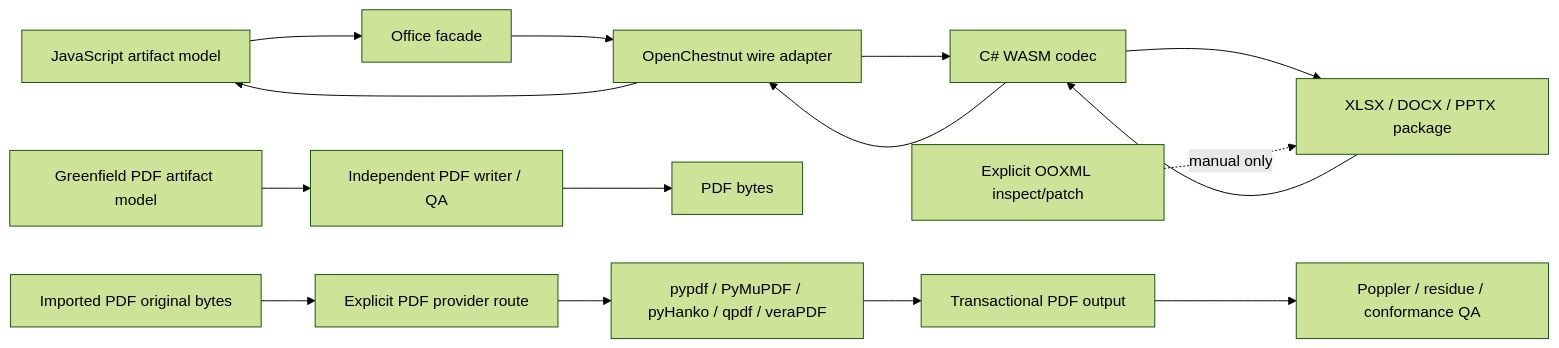
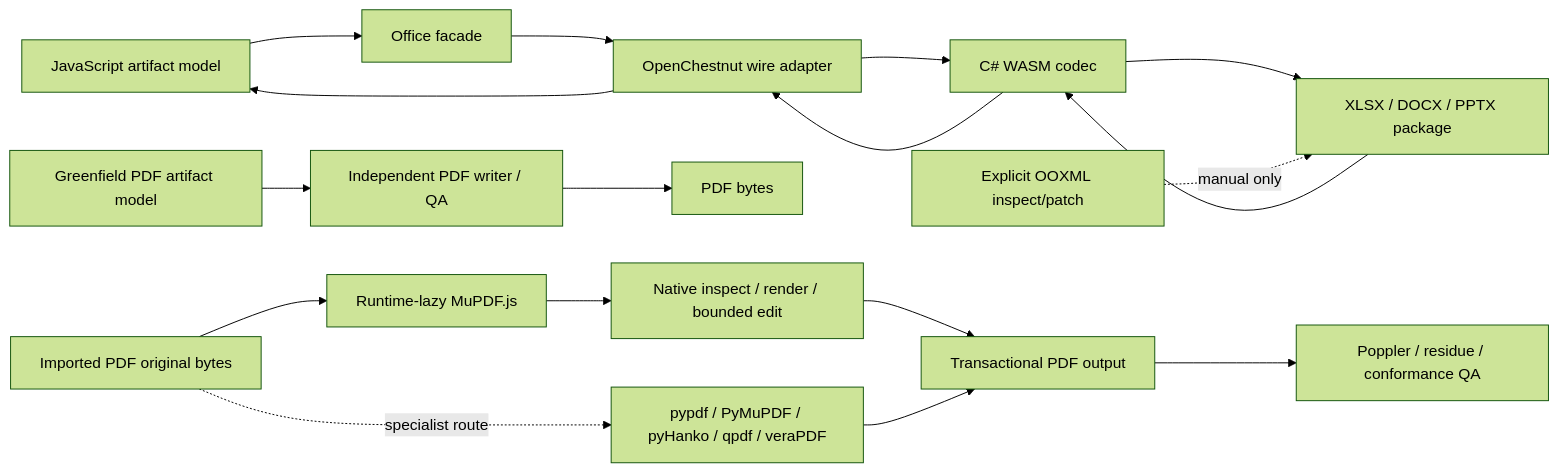
The diagram in docs/reference-runtime-architecture.md (w31r4/OfficeKit), drawn with Mermaid (forest theme) before and after one commit. The commit also changed other lines of this file and 39 other files, not shown here.

Commit message:
feat(pdf): integrate lazy MuPDF runtime under AGPL

````diff
--- a/docs/reference-runtime-architecture.md
+++ b/docs/reference-runtime-architecture.md
@@ -9,19 +9,21 @@
 ```mermaid
 flowchart LR
   A["JavaScript artifact model"] --> B["Office facade"]
   B --> C["OpenChestnut wire adapter"]
   C --> D["C# WASM codec"]
   D --> E["XLSX / DOCX / PPTX package"]
   E --> D
   D --> C
   C --> A
 
   P["Greenfield PDF artifact model"] --> Q["Independent PDF writer / QA"]
   Q --> R["PDF bytes"]
-  S["Imported PDF original bytes"] --> T["Explicit PDF provider route"]
-  T --> U["pypdf / PyMuPDF / pyHanko / qpdf / veraPDF"]
+  S["Imported PDF original bytes"] --> T["Runtime-lazy MuPDF.js"]
+  T --> U["Native inspect / render / bounded edit"]
+  S -. "specialist route" .-> X["pypdf / PyMuPDF / pyHanko / qpdf / veraPDF"]
   U --> V["Transactional PDF output"]
+  X --> V
   V --> W["Poppler / residue / conformance QA"]
 
   I["Explicit OOXML inspect/patch"] -. "manual only" .-> E
 ```
````
